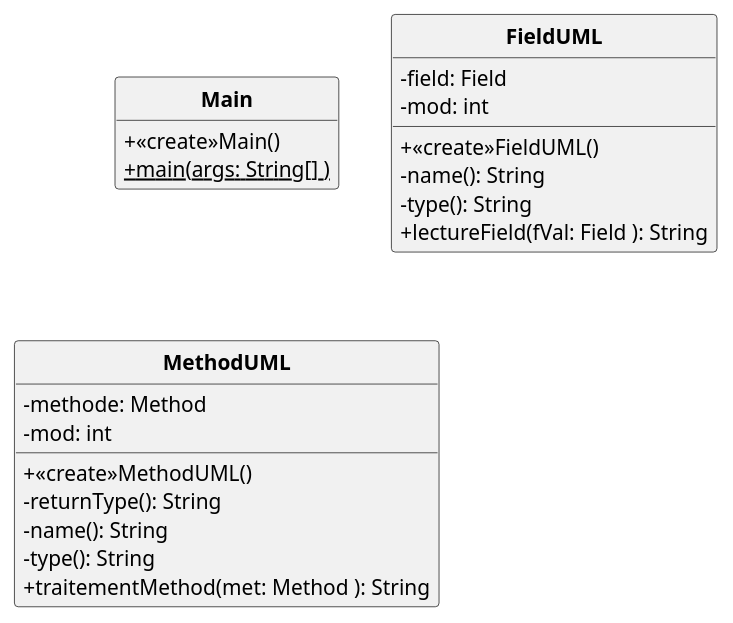
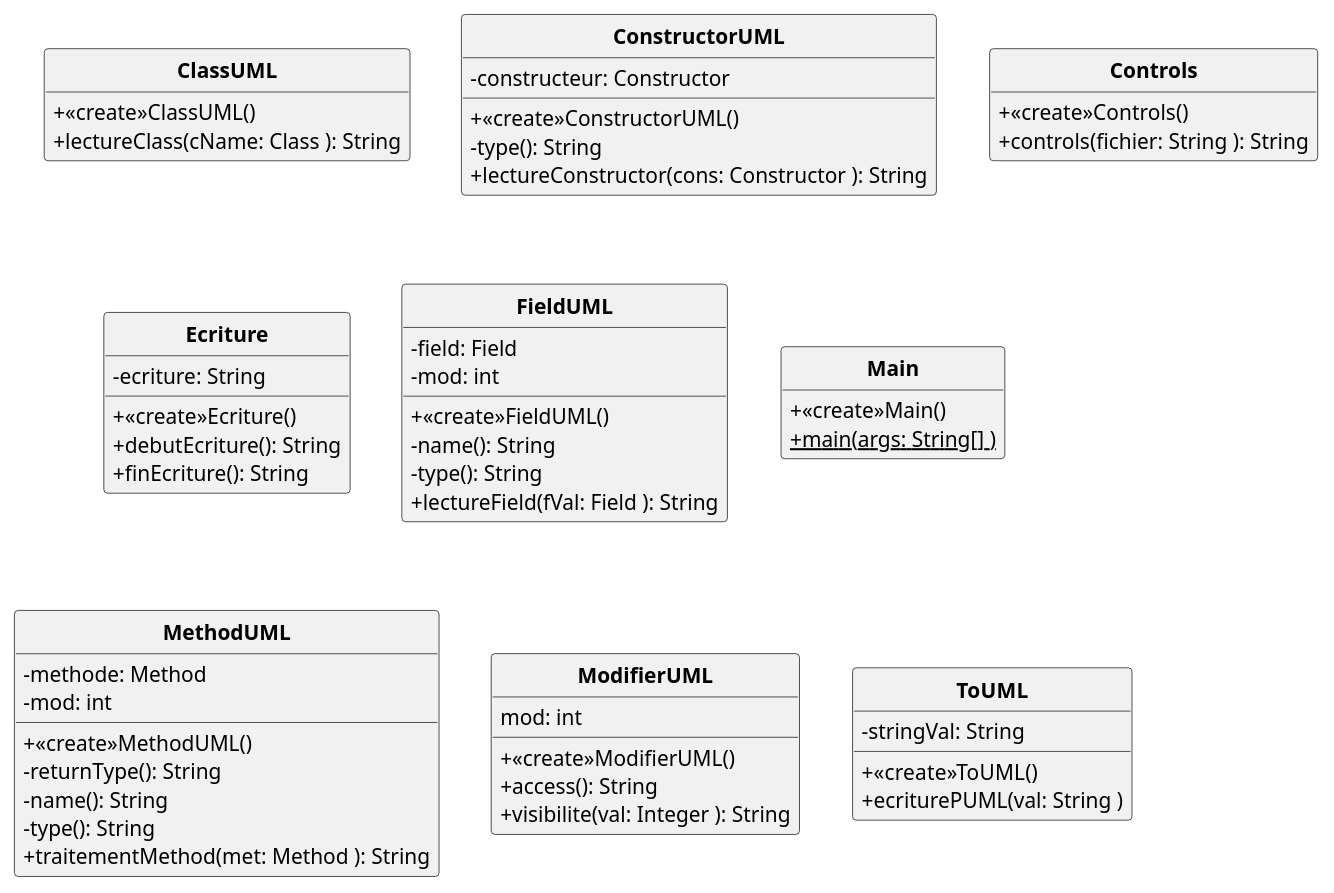
Before and after one commit to D3B1RUM4N/SAE_P21: the diagram in semaine5,5/uml/classUML.puml, drawn with PlantUML. The commit also changed 2 other files, not shown here.

```diff
--- a/semaine5,5/uml/classUML.puml
+++ b/semaine5,5/uml/classUML.puml
@@ -1,35 +1,72 @@
 @startuml
 
 'UML GENERE PAR CODE :)
 
 skinparam style strictuml
 skinparam classAttributeIconSize 0
 skinparam classFontStyle Bold
 hide empty members
 
-class Main{
-+<<create>>Main()
-+{static}main(args: String[] )
+class ClassUML{
++<<create>>ClassUML()
++lectureClass(cName: Class ): String
+
+}
+class ConstructorUML{
+-constructeur: Constructor
++<<create>>ConstructorUML()
+-type(): String
++lectureConstructor(cons: Constructor ): String
+
+}
+class Controls{
++<<create>>Controls()
++controls(fichier: String ): String
+
+}
+class Ecriture{
+-ecriture: String
++<<create>>Ecriture()
++debutEcriture(): String
++finEcriture(): String
 
 }
 class FieldUML{
 -field: Field
 -mod: int
 +<<create>>FieldUML()
 -name(): String
 -type(): String
 +lectureField(fVal: Field ): String
+
+}
+class Main{
++<<create>>Main()
++{static}main(args: String[] )
 
 }
 class MethodUML{
 -methode: Method
 -mod: int
 +<<create>>MethodUML()
 -returnType(): String
 -name(): String
 -type(): String
 +traitementMethod(met: Method ): String
 
 }
+class ModifierUML{
+mod: int
++<<create>>ModifierUML()
++access(): String
++visibilite(val: Integer ): String
+
+}
+class ToUML{
+-stringVal: String
++<<create>>ToUML()
++ecriturePUML(val: String )
+
+}
 
 @enduml
```
